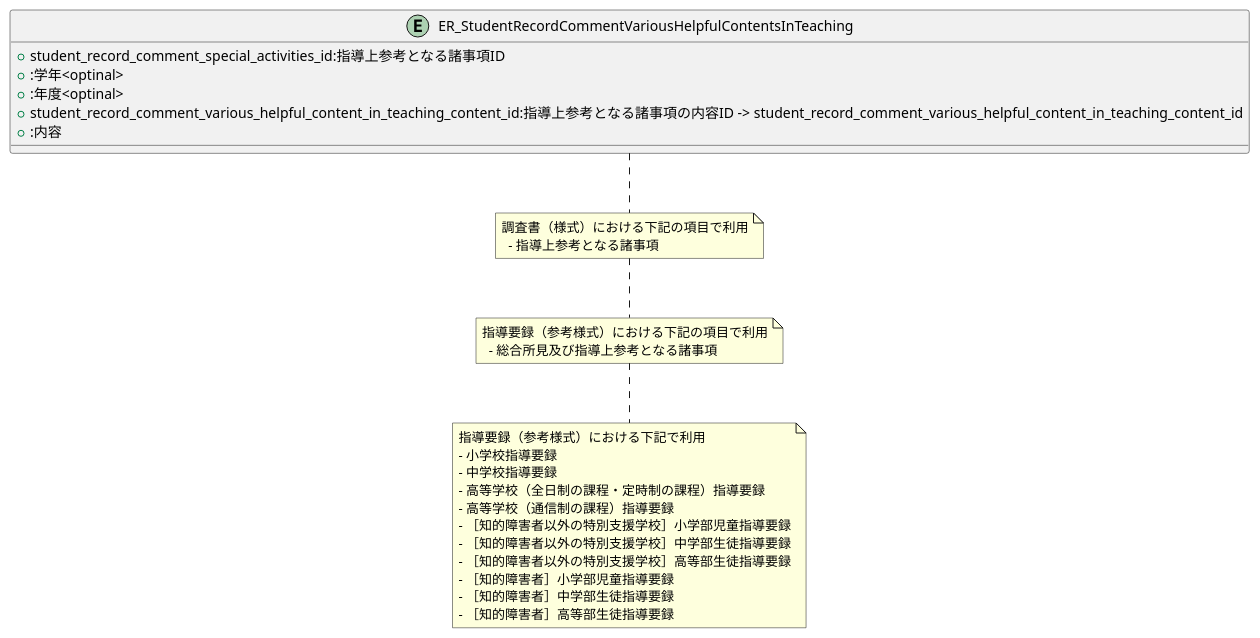
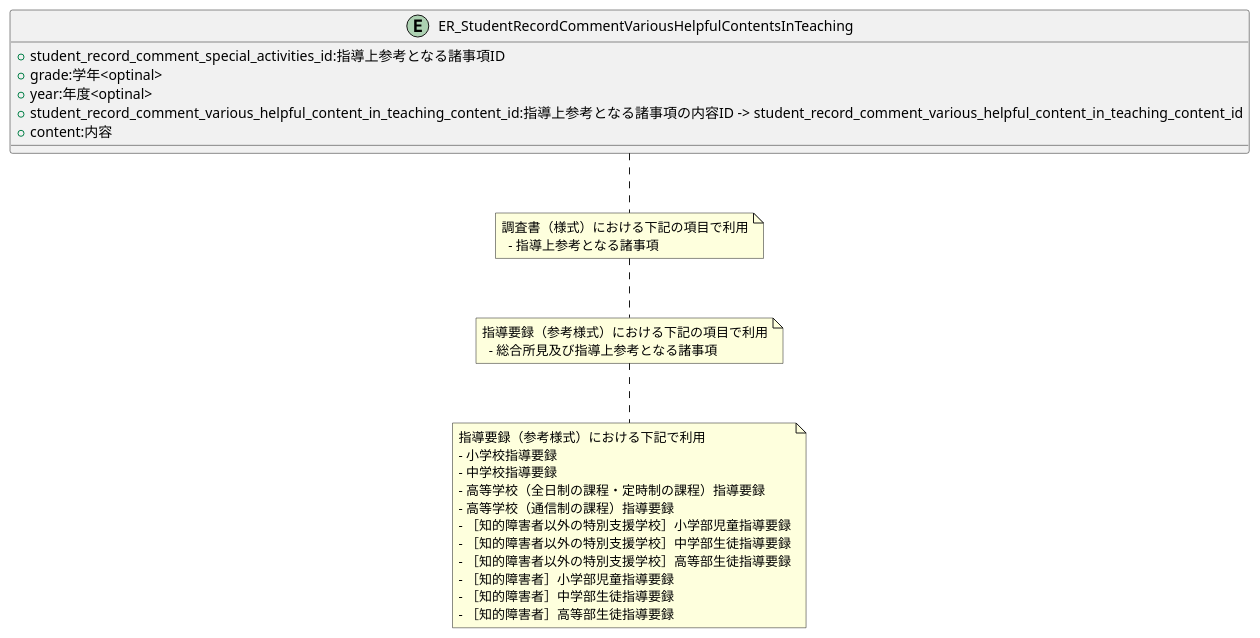
The diagram in Entity/ER_StudentRecordCommentVariousHelpfulContentsInTeaching.pu (popoposorara/ERP_ER), drawn with PlantUML before and after one commit. The commit also changed 25 other files, not shown here.

```diff
--- a/Entity/ER_StudentRecordCommentVariousHelpfulContentsInTeaching.pu
+++ b/Entity/ER_StudentRecordCommentVariousHelpfulContentsInTeaching.pu
@@ -1,35 +1,35 @@
 @startuml
 
 entity "ER_StudentRecordCommentVariousHelpfulContentsInTeaching"{
     + student_record_comment_special_activities_id:指導上参考となる諸事項ID
-    + :学年<optinal>
-    + :年度<optinal>
+    + grade:学年<optinal>
+    + year:年度<optinal>
     + student_record_comment_various_helpful_content_in_teaching_content_id:指導上参考となる諸事項の内容ID -> student_record_comment_various_helpful_content_in_teaching_content_id
-    + :内容
+    + content:内容
 }
 
 note bottom
 調査書（様式）における下記の項目で利用
   - 指導上参考となる諸事項
 end note
 
 note bottom
 指導要録（参考様式）における下記の項目で利用
   - 総合所見及び指導上参考となる諸事項
 end note
 
 note bottom
 指導要録（参考様式）における下記で利用
 - 小学校指導要録
 - 中学校指導要録
 - 高等学校（全日制の課程・定時制の課程）指導要録
 - 高等学校（通信制の課程）指導要録
 - ［知的障害者以外の特別支援学校］小学部児童指導要録
 - ［知的障害者以外の特別支援学校］中学部生徒指導要録
 - ［知的障害者以外の特別支援学校］高等部生徒指導要録
 - ［知的障害者］小学部児童指導要録
 - ［知的障害者］中学部生徒指導要録
 - ［知的障害者］高等部生徒指導要録
 end note
 
 @enduml
```
